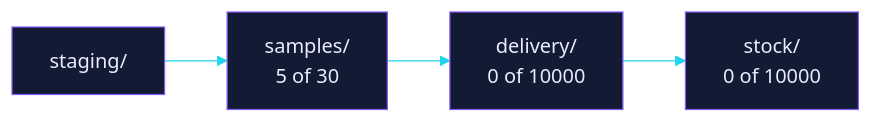
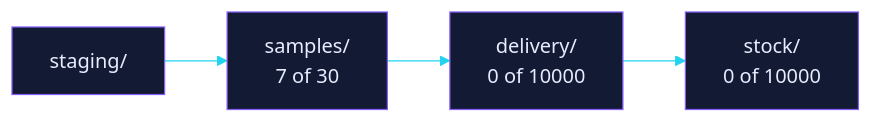
Before and after one commit to EtharaLabs/mephisto-samples: the second of 2 diagrams in README.md, drawn with Mermaid. The commit also changed other lines of this file, not shown here.

````diff
--- a/README.md
+++ b/README.md
@@ -88,8 +100,8 @@
 ```mermaid
 %%{init: {"theme":"base","themeVariables":{"primaryColor":"#131a33","primaryTextColor":"#e8ecff","primaryBorderColor":"#845EF7","lineColor":"#22d3ee","fontFamily":"monospace"}}}%%
 flowchart LR
     staging["staging/"]
-    staging --> samples["samples/<br/>5 of 30"]
+    staging --> samples["samples/<br/>7 of 30"]
     samples --> delivery["delivery/<br/>0 of 10000"]
     delivery --> stock["stock/<br/>0 of 10000"]
 ```
````
